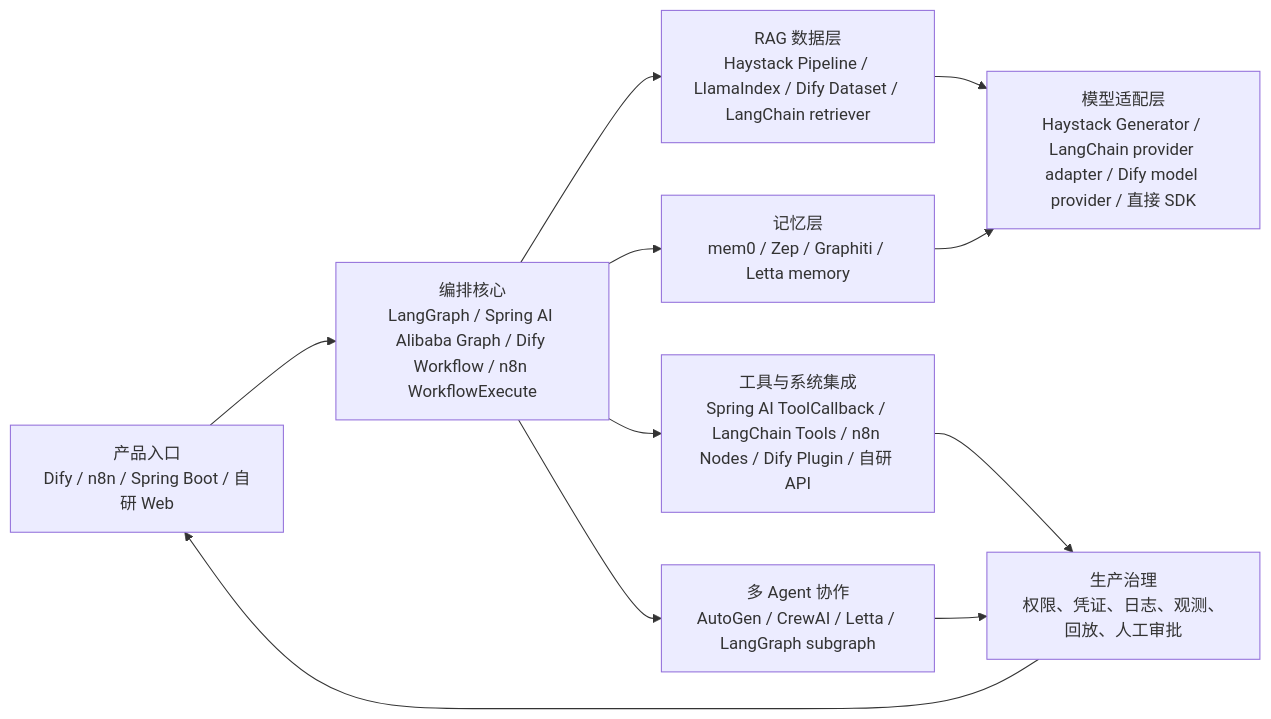
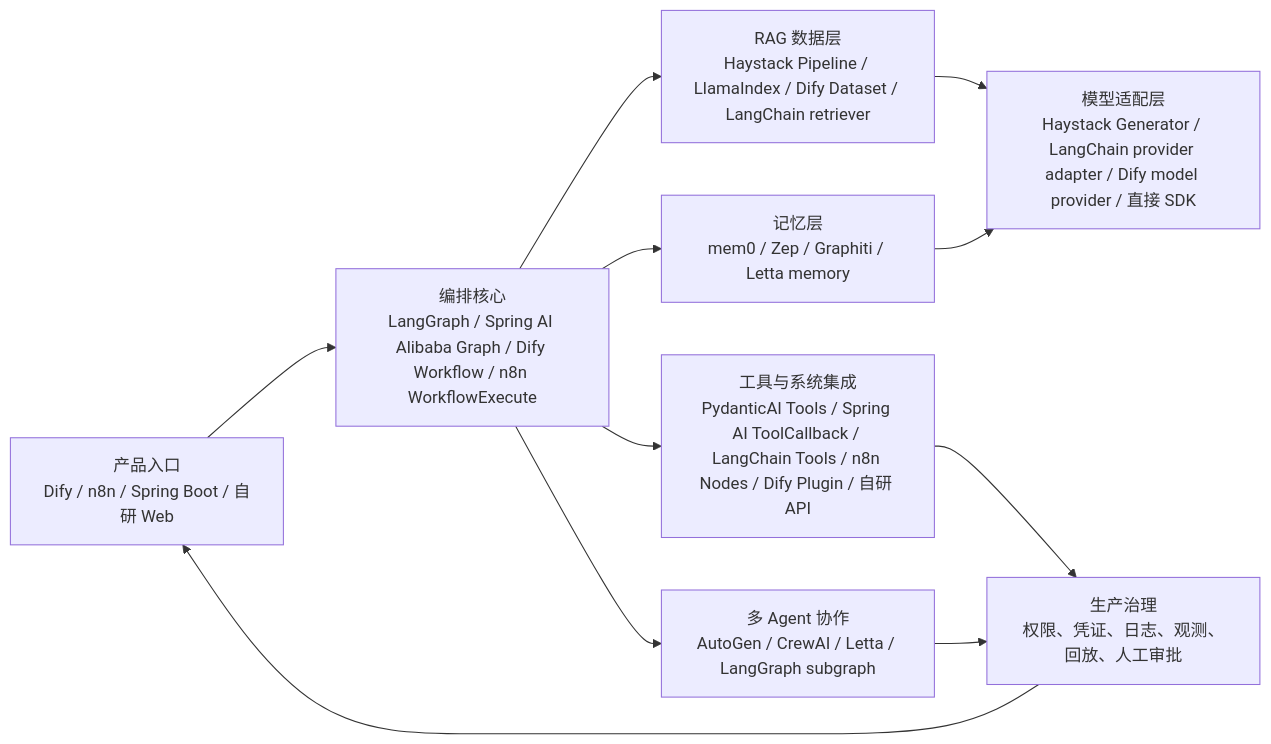
Before and after one commit to onlycaizhongwen/llm-framework-internals: the third of 5 diagrams in docs/cross-framework-analysis/index.md, drawn with Mermaid. The commit also changed other lines of this file and 20 other files, not shown here.

````diff
--- a/docs/cross-framework-analysis/index.md
+++ b/docs/cross-framework-analysis/index.md
@@ -116,13 +123,13 @@
 ```mermaid
 flowchart LR
     UI["产品入口<br/>Dify / n8n / Spring Boot / 自研 Web"] --> Orchestrator["编排核心<br/>LangGraph / Spring AI Alibaba Graph / Dify Workflow / n8n WorkflowExecute"]
     Orchestrator --> RAG["RAG 数据层<br/>Haystack Pipeline / LlamaIndex / Dify Dataset / LangChain retriever"]
     Orchestrator --> Memory["记忆层<br/>mem0 / Zep / Graphiti / Letta memory"]
-    Orchestrator --> Tools["工具与系统集成<br/>Spring AI ToolCallback / LangChain Tools / n8n Nodes / Dify Plugin / 自研 API"]
+    Orchestrator --> Tools["工具与系统集成<br/>PydanticAI Tools / Spring AI ToolCallback / LangChain Tools / n8n Nodes / Dify Plugin / 自研 API"]
     Orchestrator --> Agent["多 Agent 协作<br/>AutoGen / CrewAI / Letta / LangGraph subgraph"]
     RAG --> LLM["模型适配层<br/>Haystack Generator / LangChain provider adapter / Dify model provider / 直接 SDK"]
     Memory --> LLM
     Tools --> Audit["生产治理<br/>权限、凭证、日志、观测、回放、人工审批"]
     Agent --> Audit
     Audit --> UI
 ```
````
